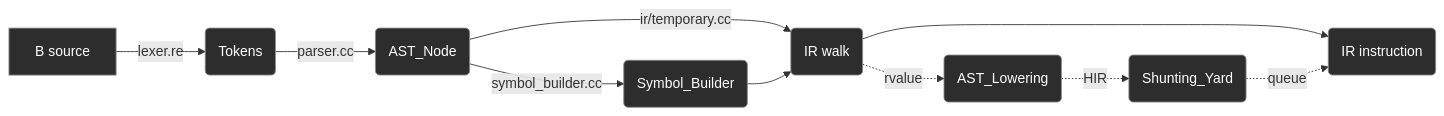
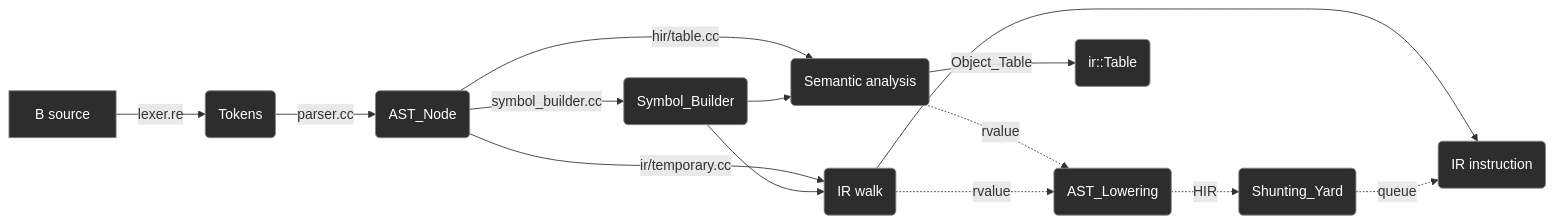
The diagram in credence/language/README.md (jahan-addison/credence), drawn with Mermaid before and after one commit. The commit also changed other lines of this file and 4 other files, not shown here.

````diff
--- a/credence/language/README.md
+++ b/credence/language/README.md
@@ -7,21 +7,27 @@
 ```mermaid
 flowchart LR
     A[B source] -->|lexer.re| B(Tokens)
     B -->|parser.cc| C(AST_Node)
     C -->|symbol_builder.cc| H(Symbol_Builder)
+    C -->|hir/table.cc| S(Semantic analysis)
+    H --> S
+    S -.->|rvalue| E
+    S -->|Object_Table| T(ir::Table)
     C -->|ir/temporary.cc| D(IR walk)
     H --> D
     D --> G(IR instruction)
     D -.->|rvalue| E(AST_Lowering)
     E -.->|HIR| F(Shunting_Yard)
     F -.->|queue| G
 
     style A fill:#2d2d2d,stroke:#888,color:#fff
     style B fill:#2d2d2d,stroke:#888,color:#fff
     style C fill:#2d2d2d,stroke:#888,color:#fff
     style D fill:#2d2d2d,stroke:#888,color:#fff
     style E fill:#2d2d2d,stroke:#888,color:#fff
     style F fill:#2d2d2d,stroke:#888,color:#fff
     style G fill:#2d2d2d,stroke:#888,color:#fff
     style H fill:#2d2d2d,stroke:#888,color:#fff
+    style S fill:#2d2d2d,stroke:#888,color:#fff
+    style T fill:#2d2d2d,stroke:#888,color:#fff
 ```
````
